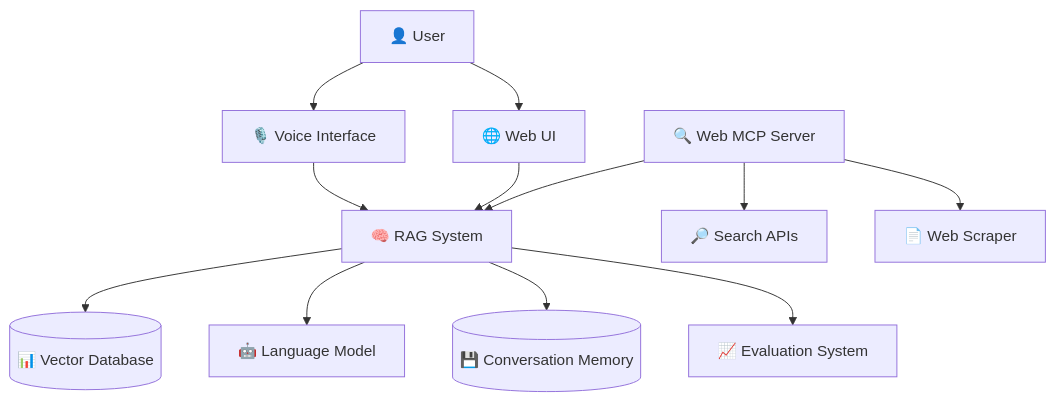
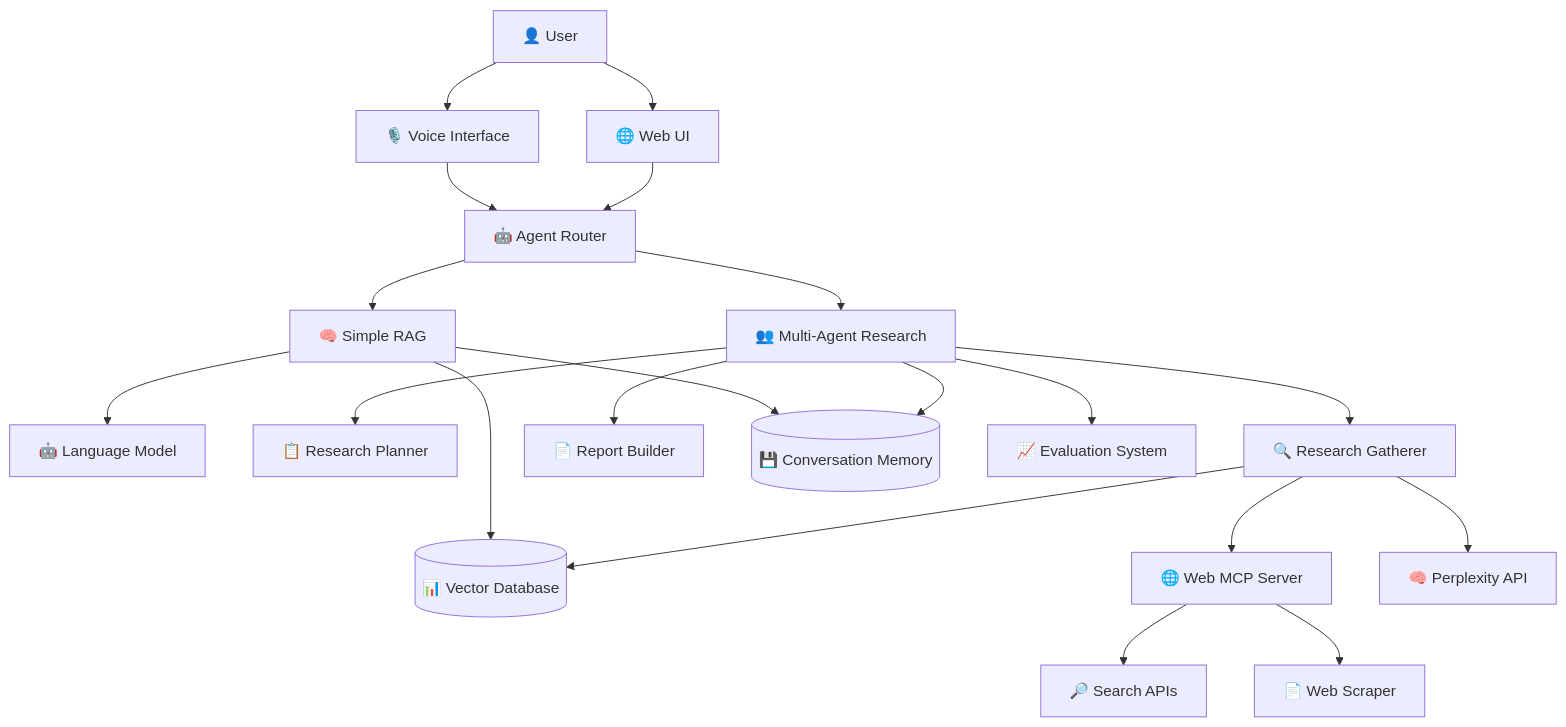
The diagram in README.md (8thlight/AI-Pocket-Projects), drawn with Mermaid before and after one commit. The commit also changed other lines of this file and 2 other files, not shown here.

First line of the commit message:
Add Phase 4: Multi-Agent Research System

````diff
--- a/README.md
+++ b/README.md
@@ -116,18 +147,29 @@
 ```mermaid
 graph TB
     User[👤 User] --> Voice[🎙️ Voice Interface]
     User --> Web[🌐 Web UI]
     
-    Voice --> RAG[🧠 RAG System]
-    Web --> RAG
+    Voice --> Router[🤖 Agent Router]
+    Web --> Router
     
-    RAG --> VectorDB[(📊 Vector Database)]
-    RAG --> LLM[🤖 Language Model]
+    Router --> SimpleRAG[🧠 Simple RAG]
+    Router --> MultiAgent[👥 Multi-Agent Research]
     
-    MCP[🔍 Web MCP Server] --> RAG
+    SimpleRAG --> VectorDB[(📊 Vector Database)]
+    SimpleRAG --> LLM[🤖 Language Model]
+    
+    MultiAgent --> Planner[📋 Research Planner]
+    MultiAgent --> Gatherer[🔍 Research Gatherer]  
+    MultiAgent --> Builder[📄 Report Builder]
+    
+    Gatherer --> VectorDB
+    Gatherer --> MCP[🌐 Web MCP Server]
+    Gatherer --> Perplexity[🧠 Perplexity API]
+    
     MCP --> Search[🔎 Search APIs]
     MCP --> Scraper[📄 Web Scraper]
     
-    RAG --> Memory[(💾 Conversation Memory)]
-    RAG --> Eval[📈 Evaluation System]
+    SimpleRAG --> Memory[(💾 Conversation Memory)]
+    MultiAgent --> Memory
+    MultiAgent --> Eval[📈 Evaluation System]
 ```
````
